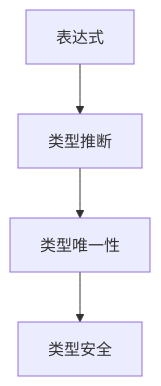
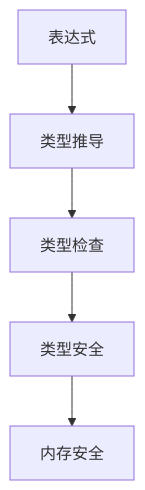
The first of 2 diagrams in formal_rust/refactor/01_core_theory/02_type_system/01_type_theory_foundations.md (martin-ly/rust-lang), drawn with Mermaid before and after one commit. The commit also changed other lines of this file and 3863 other files, not shown here.

````diff
--- a/formal_rust/refactor/01_core_theory/02_type_system/01_type_theory_foundations.md
+++ b/formal_rust/refactor/01_core_theory/02_type_system/01_type_theory_foundations.md
@@ -100,6 +455,7 @@
 ```mermaid
 graph TD
-    A[表达式] --> B[类型推断]
-    B --> C[类型唯一性]
+    A[表达式] --> B[类型推导]
+    B --> C[类型检查]
     C --> D[类型安全]
+    D --> E[内存安全]
 ```
````
